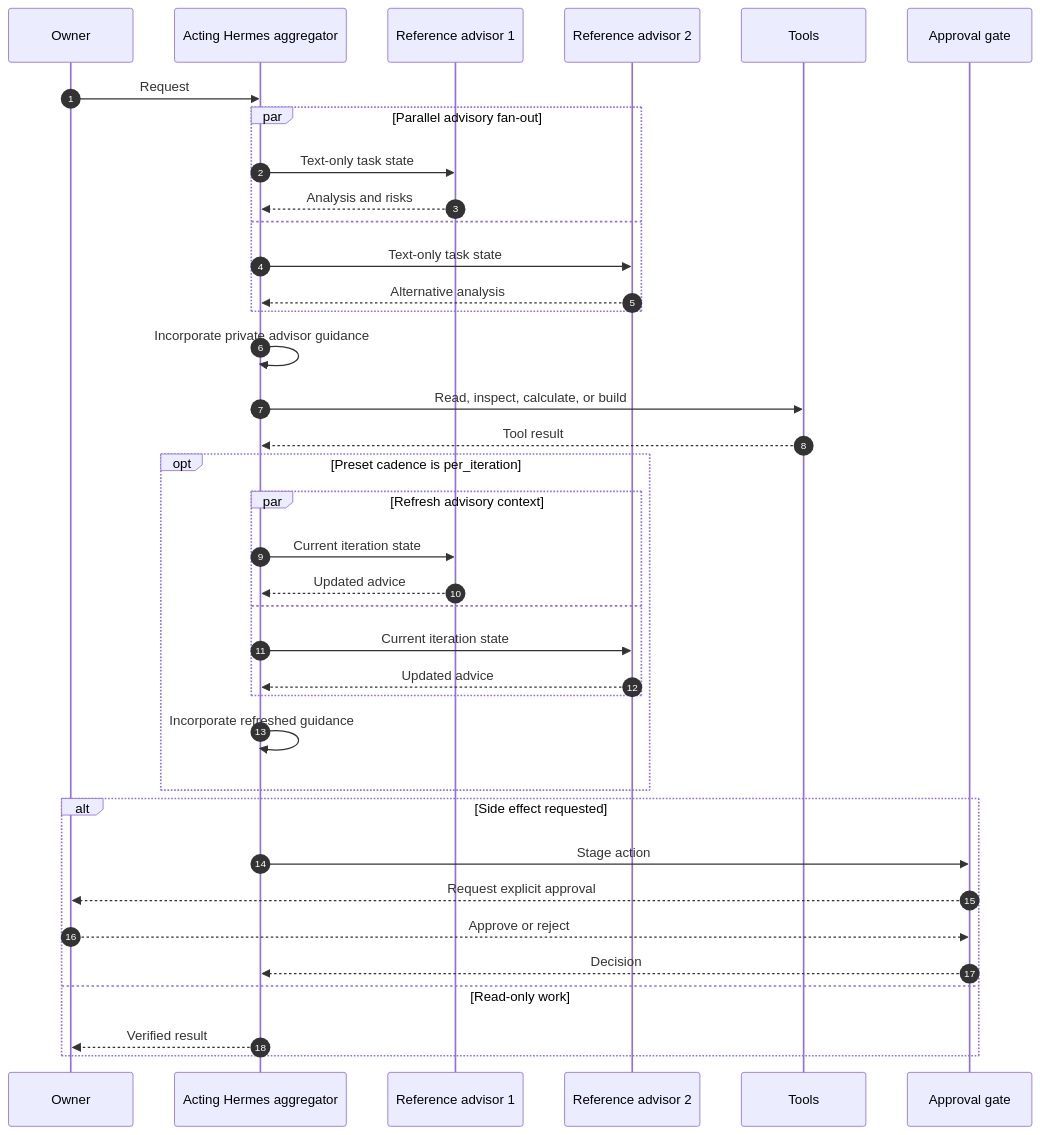
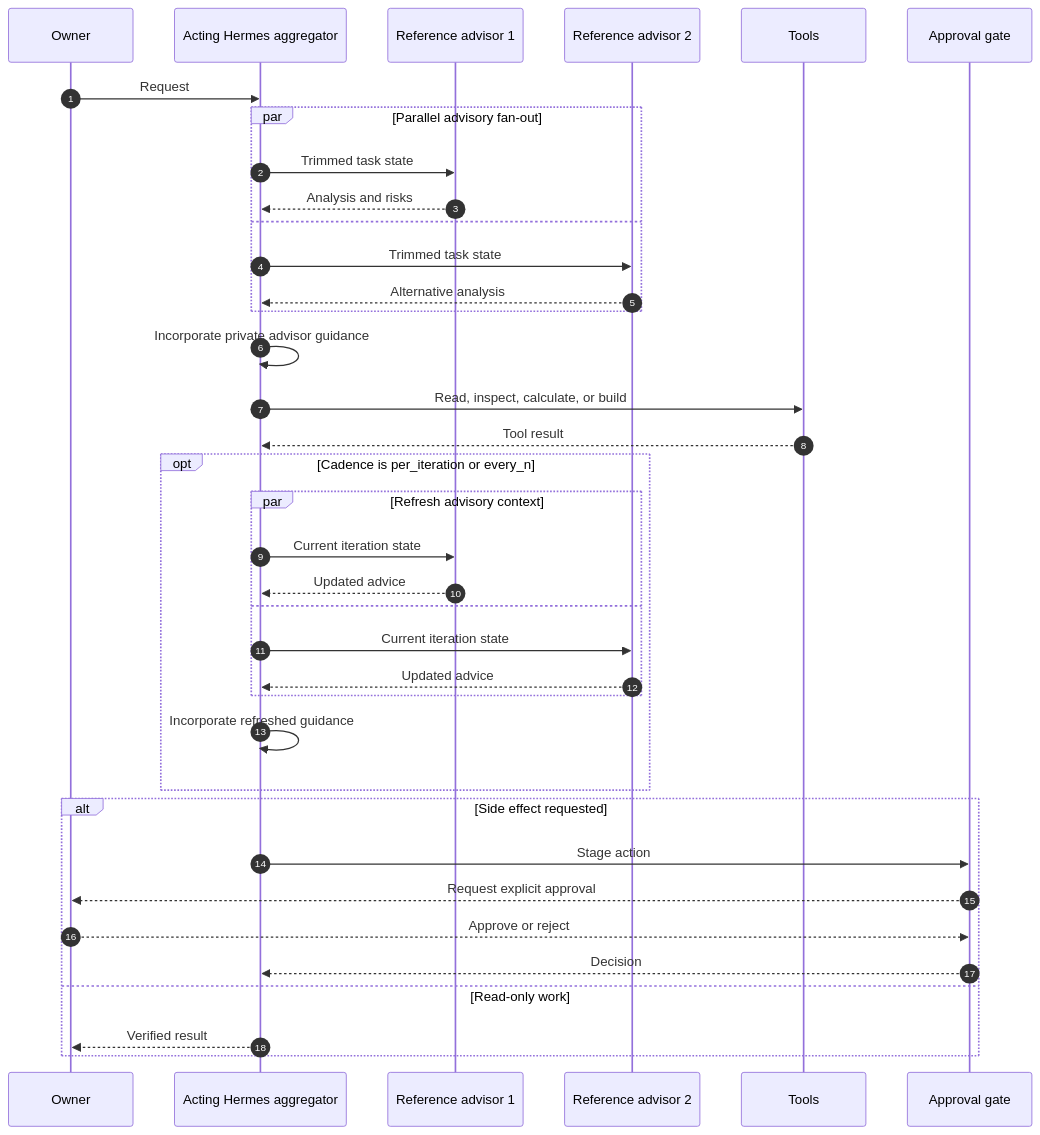
Before and after one commit to thefiredev-cloud/meshvault-agentic-architecture: the second of 5 diagrams in README.md, drawn with Mermaid. The commit also changed other lines of this file, not shown here.

````diff
--- a/README.md
+++ b/README.md
@@ -75,42 +87,42 @@
 ```mermaid
 sequenceDiagram
     autonumber
     participant U as Owner
     participant A as Acting Hermes aggregator
     participant R1 as Reference advisor 1
     participant R2 as Reference advisor 2
     participant T as Tools
     participant G as Approval gate
 
     U->>A: Request
     par Parallel advisory fan-out
-        A->>R1: Text-only task state
+        A->>R1: Trimmed task state
         R1-->>A: Analysis and risks
     and
-        A->>R2: Text-only task state
+        A->>R2: Trimmed task state
         R2-->>A: Alternative analysis
     end
     A->>A: Incorporate private advisor guidance
     A->>T: Read, inspect, calculate, or build
     T-->>A: Tool result
 
-    opt Preset cadence is per_iteration
+    opt Cadence is per_iteration or every_n
         par Refresh advisory context
             A->>R1: Current iteration state
             R1-->>A: Updated advice
         and
             A->>R2: Current iteration state
             R2-->>A: Updated advice
         end
         A->>A: Incorporate refreshed guidance
     end
 
     alt Side effect requested
         A->>G: Stage action
         G-->>U: Request explicit approval
         U-->>G: Approve or reject
         G-->>A: Decision
     else Read-only work
         A-->>U: Verified result
     end
 ```
````
